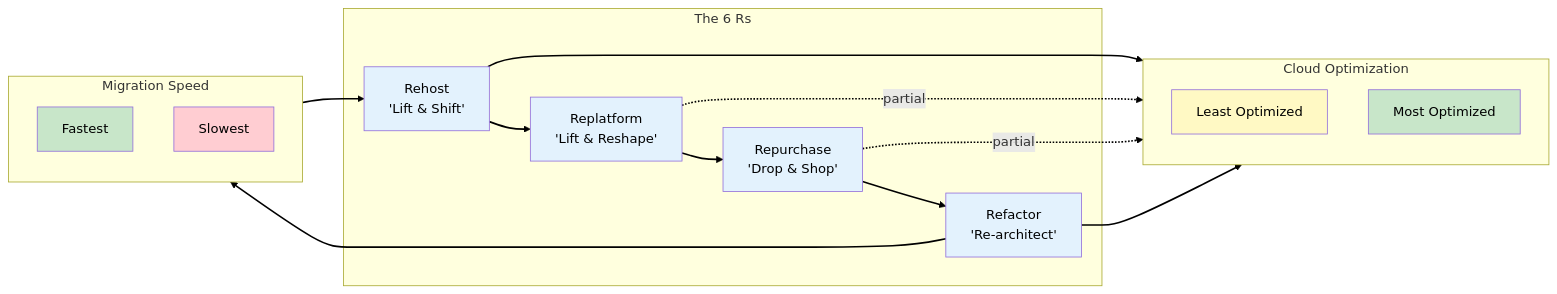
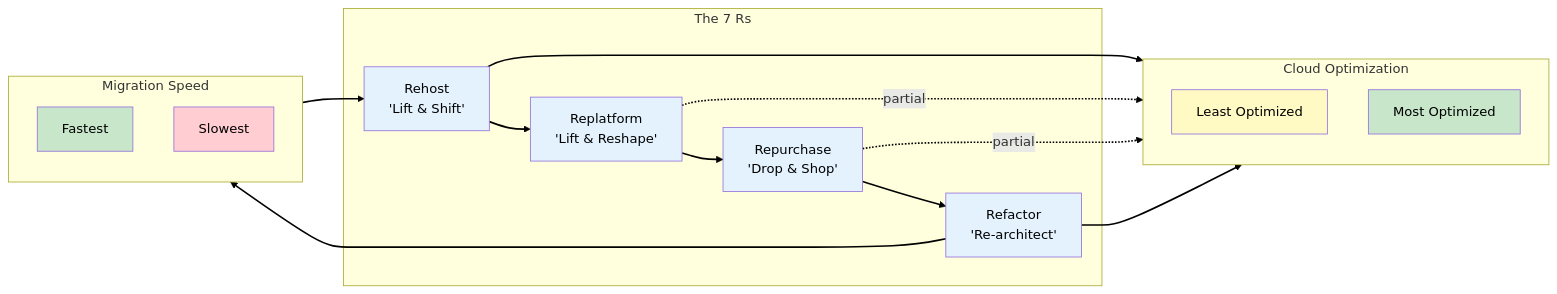
One commit to benjaminhonorio/aws-architecting changed the second of 3 diagrams in docs/scenarios/shipfast/phases/phase-1-on-premises-baseline.md. Above: the diagram before and after it, drawn with Mermaid. The commit also changed other lines of this file and 6 other files, not shown here.

````diff
--- a/docs/scenarios/shipfast/phases/phase-1-on-premises-baseline.md
+++ b/docs/scenarios/shipfast/phases/phase-1-on-premises-baseline.md
@@ -116,42 +117,42 @@
 ```mermaid
 flowchart LR
     subgraph Speed["Migration Speed"]
         direction TB
         FAST["Fastest"]
         SLOW["Slowest"]
     end
 
-    subgraph Strategies["The 6 Rs"]
+    subgraph Strategies["The 7 Rs"]
         R1["Rehost<br>'Lift & Shift'"]
         R2["Replatform<br>'Lift & Reshape'"]
         R3["Repurchase<br>'Drop & Shop'"]
         R4["Refactor<br>'Re-architect'"]
     end
 
     subgraph Optimization["Cloud Optimization"]
         direction TB
         LOW["Least Optimized"]
         HIGH["Most Optimized"]
     end
 
     FAST --> R1
     R1 --> R2
     R2 --> R3
     R3 --> R4
     R4 --> SLOW
 
     R1 --> LOW
     R2 -.-> |partial| LOW
     R3 -.-> |partial| HIGH
     R4 --> HIGH
 
     style FAST fill:#c8e6c9,color:#000
     style SLOW fill:#ffcdd2,color:#000
     style LOW fill:#fff9c4,color:#000
     style HIGH fill:#c8e6c9,color:#000
     style R1 fill:#e3f2fd,color:#000
     style R2 fill:#e3f2fd,color:#000
     style R3 fill:#e3f2fd,color:#000
     style R4 fill:#e3f2fd,color:#000
     linkStyle default stroke:#000,stroke-width:2px
 ```
````
